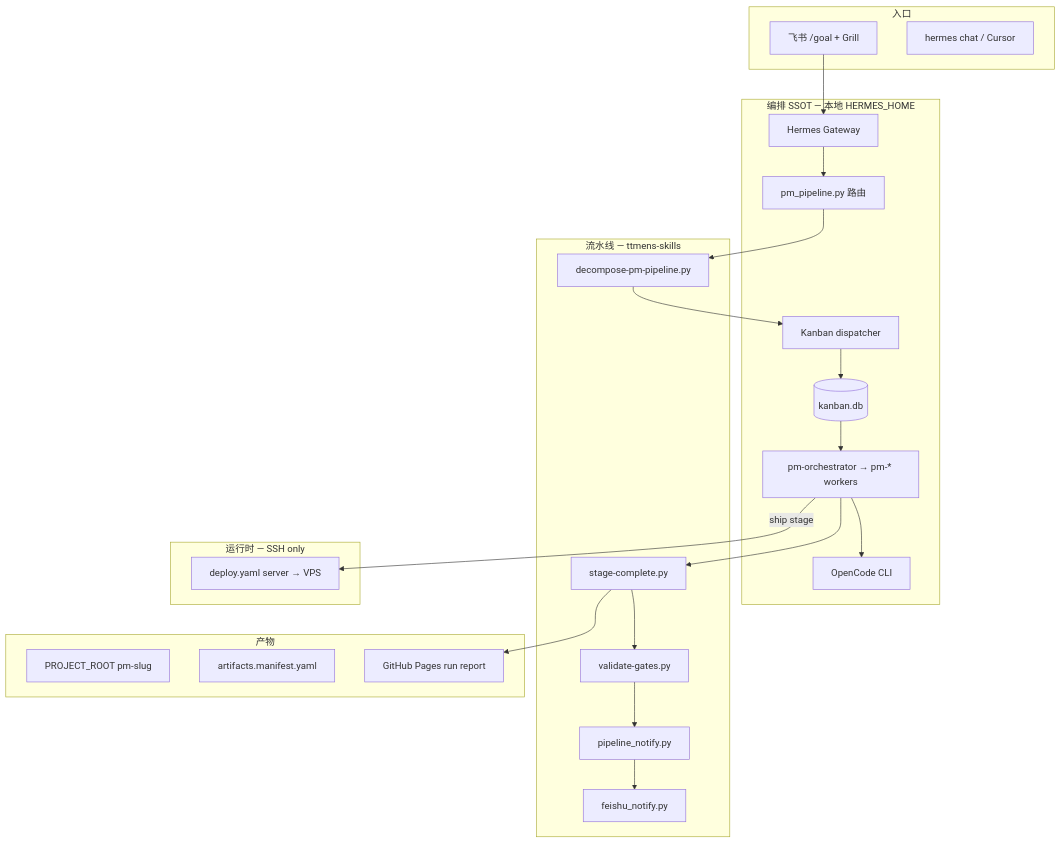
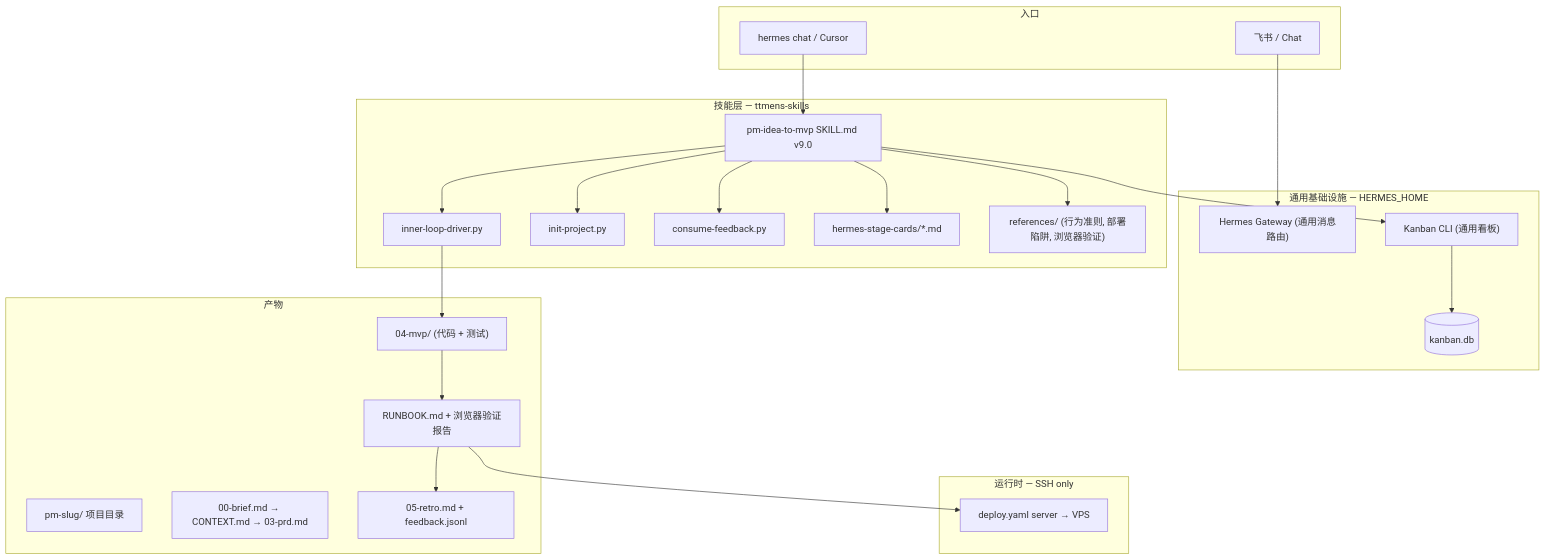
One commit to ttmens/ttmens-skills changed the diagram in docs/ARCHITECTURE.md. Above: the diagram before and after it, drawn with Mermaid. The commit also changed other lines of this file and 10 other files, not shown here.

Commit message:
docs: add comprehensive Hermes system architecture documentation

````diff
--- a/docs/ARCHITECTURE.md
+++ b/docs/ARCHITECTURE.md
@@ -29,42 +29,48 @@
 ```mermaid
 flowchart TB
   subgraph entry [入口]
-    Feishu["飞书 /goal + Grill"]
+    Feishu["飞书 / Chat"]
     CLI["hermes chat / Cursor"]
   end
 
-  subgraph orchestration [编排 SSOT — 本地 HERMES_HOME]
-    GW["Hermes Gateway"]
-    PM["pm_pipeline.py 路由"]
-    KB["Kanban dispatcher"]
-    DB[(kanban.db)]
-    Profiles["pm-orchestrator → pm-* workers"]
-    OC["OpenCode CLI"]
+  subgraph skill [技能层 — ttmens-skills]
+    SKILL["pm-idea-to-mvp SKILL.md v9.0"]
+    InnerLoop["inner-loop-driver.py"]
+    InitProj["init-project.py"]
+    Feedback["consume-feedback.py"]
+    StageCards["hermes-stage-cards/*.md"]
+    Refs["references/ (行为准则, 部署陷阱, 浏览器验证)"]
   end
 
-  subgraph pipeline [流水线 — ttmens-skills]
-    Decompose["decompose-pm-pipeline.py"]
-    SC["stage-complete.py"]
-    VG["validate-gates.py"]
-    PN["pipeline_notify.py"]
-    FN["feishu_notify.py"]
+  subgraph orchestration [通用基础设施 — HERMES_HOME]
+    GW["Hermes Gateway (通用消息路由)"]
+    KB["Kanban CLI (通用看板)"]
+    DB[(kanban.db)]
   end
 
   subgraph artifacts [产物]
-    Proj["PROJECT_ROOT pm-slug"]
-    Manifest["artifacts.manifest.yaml"]
-    Pages["GitHub Pages run report"]
+    Proj["pm-slug/ 项目目录"]
+    Brief["00-brief.md → CONTEXT.md → 03-prd.md"]
+    MVP["04-mvp/ (代码 + 测试)"]
+    Ship["RUNBOOK.md + 浏览器验证报告"]
+    Retro["05-retro.md + feedback.jsonl"]
   end
 
   subgraph deploy [运行时 — SSH only]
     Target["deploy.yaml server → VPS"]
   end
 
-  Feishu --> GW --> PM --> Decompose --> KB
-  KB --> DB --> Profiles
-  Profiles --> SC
-  SC --> VG --> PN --> FN
-  SC --> Pages
-  Profiles --> OC
-  Profiles -->|"ship stage"| Target
+  Feishu --> GW
+  CLI --> SKILL
+  SKILL --> StageCards
+  SKILL --> Refs
+  SKILL --> InitProj
+  SKILL --> InnerLoop
+  SKILL --> Feedback
+  SKILL --> KB
+  KB --> DB
+  InnerLoop --> MVP
+  MVP --> Ship
+  Ship --> Target
+  Ship --> Retro
 ```
````
